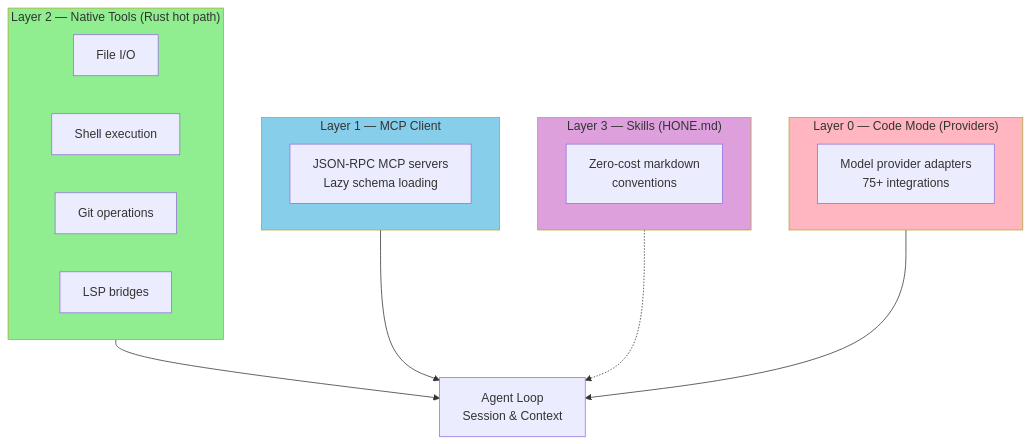
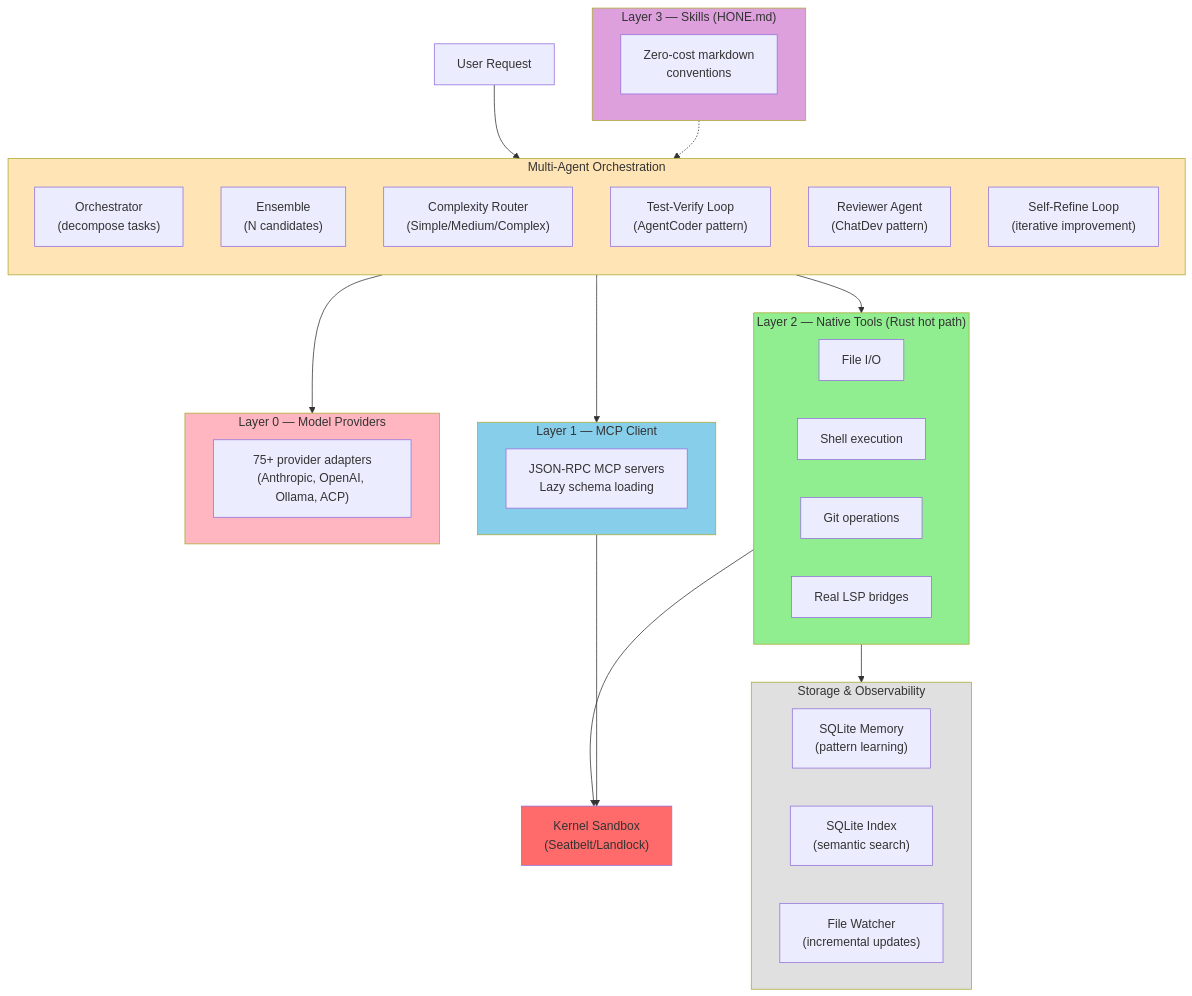
The diagram in README.md (wojciechkpl/hone), drawn with Mermaid before and after one commit. The commit also changed other lines of this file and 14 other files, not shown here.

````diff
--- a/README.md
+++ b/README.md
@@ -117,37 +127,62 @@
 ```mermaid
 graph TB
+    User["User Request"]
+    
+    subgraph MultiAgent["Multi-Agent Orchestration"]
+        direction TB
+        Orch["Orchestrator<br/>(decompose tasks)"]
+        Ensemble["Ensemble<br/>(N candidates)"]
+        Router["Complexity Router<br/>(Simple/Medium/Complex)"]
+        TestLoop["Test-Verify Loop<br/>(AgentCoder pattern)"]
+        Reviewer["Reviewer Agent<br/>(ChatDev pattern)"]
+        SelfRefine["Self-Refine Loop<br/>(iterative improvement)"]
+    end
+
     subgraph L3["Layer 3 — Skills (HONE.md)"]
         direction LR
         HM["Zero-cost markdown\nconventions"]
     end
 
     subgraph L2["Layer 2 — Native Tools (Rust hot path)"]
         direction LR
         FIO["File I/O"]
         Shell["Shell execution"]
         Git["Git operations"]
-        LSP["LSP bridges"]
+        LSP["Real LSP bridges"]
     end
 
     subgraph L1["Layer 1 — MCP Client"]
         direction LR
         MCP["JSON-RPC MCP servers\nLazy schema loading"]
     end
 
-    subgraph L0["Layer 0 — Code Mode (Providers)"]
+    subgraph L0["Layer 0 — Model Providers"]
         direction LR
-        Providers["Model provider adapters\n75+ integrations"]
+        Providers["75+ provider adapters<br/>(Anthropic, OpenAI, Ollama, ACP)"]
     end
 
-    Agent["Agent Loop<br/>Session & Context"]
+    subgraph Storage["Storage & Observability"]
+        Memory["SQLite Memory<br/>(pattern learning)"]
+        Index["SQLite Index<br/>(semantic search)"]
+        Watcher["File Watcher<br/>(incremental updates)"]
+    end
 
-    L2 --> Agent
-    L1 --> Agent
-    Providers --> Agent
-    L3 -.-> Agent
+    Sandbox["Kernel Sandbox<br/>(Seatbelt/Landlock)"]
 
+    User --> MultiAgent
+    MultiAgent --> L2
+    MultiAgent --> L1
+    MultiAgent --> L0
+    L2 --> Sandbox
+    L2 --> Storage
+    L1 --> Sandbox
+    L3 -.-> MultiAgent
+    
     style L2 fill:#90EE90
     style L1 fill:#87CEEB
     style L0 fill:#FFB6C1
     style L3 fill:#DDA0DD
+    style MultiAgent fill:#FFE4B5
+    style Storage fill:#E0E0E0
+    style Sandbox fill:#FF6B6B
 ```
````
